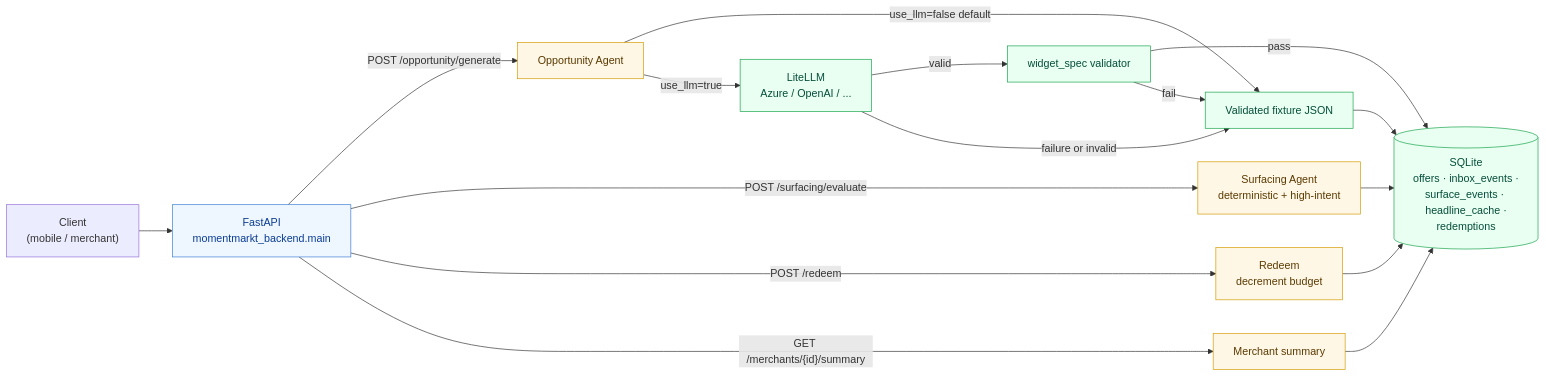
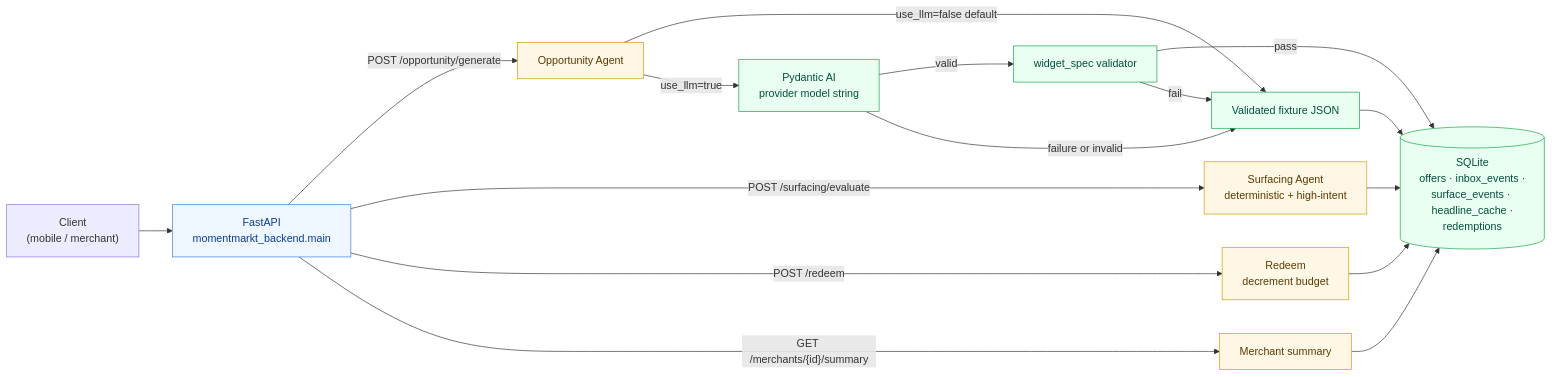
The diagram in apps/backend/README.md (mmtftr/momentmarkt), drawn with Mermaid before and after one commit. The commit also changed other lines of this file and 9 other files, not shown here.

````diff
--- a/apps/backend/README.md
+++ b/apps/backend/README.md
@@ -55,27 +58,27 @@
 ```mermaid
 flowchart LR
   C["Client<br/>(mobile / merchant)"] --> API["FastAPI<br/>momentmarkt_backend.main"]
   API -->|"POST /opportunity/generate"| OPP["Opportunity Agent"]
   API -->|"POST /surfacing/evaluate"| SURF["Surfacing Agent<br/>deterministic + high-intent"]
   API -->|"POST /redeem"| RED["Redeem<br/>decrement budget"]
   API -->|"GET /merchants/{id}/summary"| SUM["Merchant summary"]
 
   OPP -->|use_llm=false default| FIX["Validated fixture JSON"]
-  OPP -->|use_llm=true| LLM["LiteLLM<br/>Azure / OpenAI / ..."]
+  OPP -->|use_llm=true| LLM["Pydantic AI<br/>provider model string"]
   LLM -->|valid| VAL["widget_spec validator"]
   LLM -->|failure or invalid| FIX
   VAL -->|pass| DB
   VAL -->|fail| FIX
   FIX --> DB[("SQLite<br/>offers · inbox_events ·<br/>surface_events · headline_cache ·<br/>redemptions")]
 
   SURF --> DB
   RED --> DB
   SUM --> DB
 
   classDef api fill:#eef6ff,stroke:#3a7bd5,color:#0b3d91;
   classDef agent fill:#fff7e6,stroke:#d39a00,color:#5a3a00;
   classDef store fill:#e8fff1,stroke:#16a34a,color:#064e3b;
   class API api
   class OPP,SURF,RED,SUM agent
   class DB,FIX,LLM,VAL store
 ```
````
